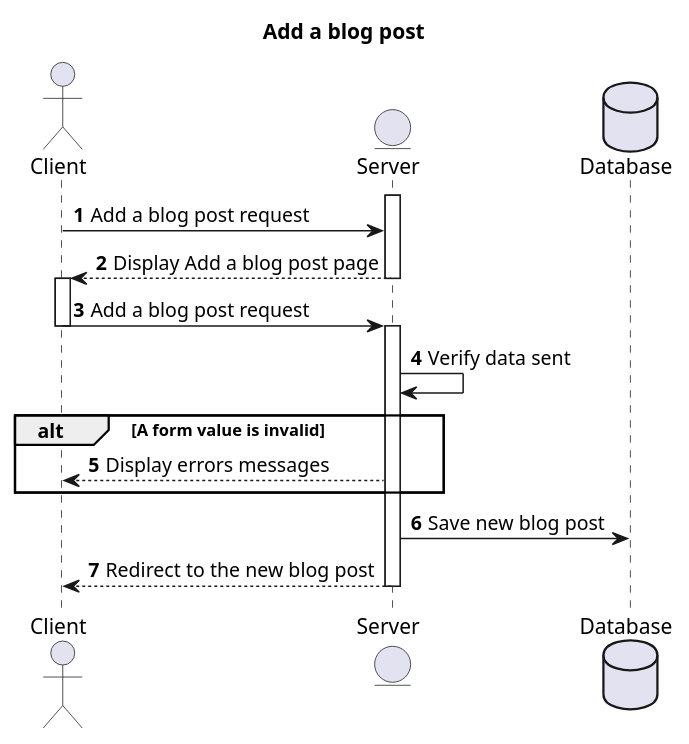
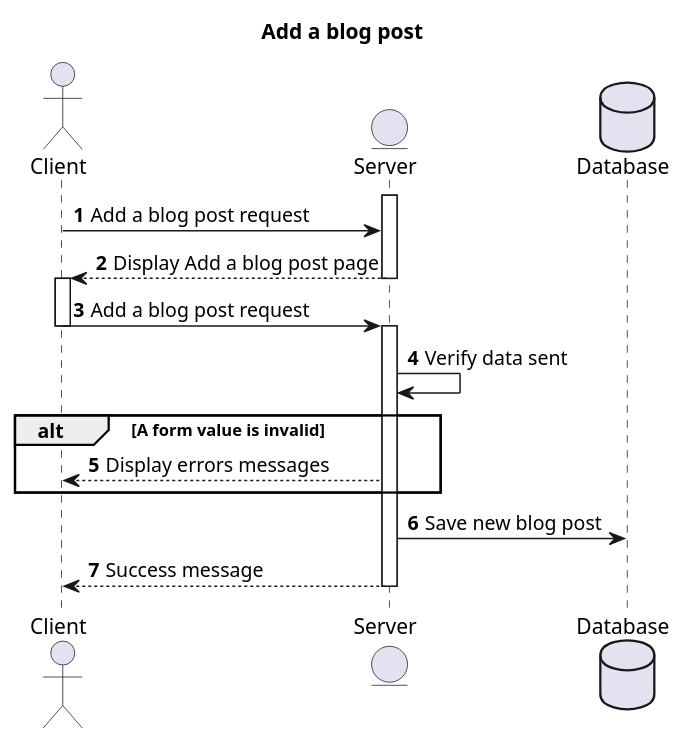
The diagram in docs/puml/sequence/blog/add_blog_post.puml (acecconato/AnthonyCecconato_5_18102021), drawn with PlantUML before and after one commit. The commit also changed 46 other files, not shown here.

```diff
--- a/docs/puml/sequence/blog/add_blog_post.puml
+++ b/docs/puml/sequence/blog/add_blog_post.puml
@@ -1,38 +1,38 @@
 @startuml
 
 title Add a blog post
 autonumber
 
 actor Client
 entity Server
 Database Database
 
 activate Server
 
 Client -> Server : Add a blog post request
 
 Server --> Client : Display Add a blog post page
 
 deactivate Server
 
 activate Client
 
 Client -> Server : Add a blog post request
 
 deactivate Client
 
 activate Server
 
 Server -> Server : Verify data sent
 
 alt A form value is invalid
     Server --> Client : Display errors messages
 end
 
 Server -> Database : Save new blog post
 
-Server --> Client : Redirect to the new blog post
+Server --> Client : Success message
 
 deactivate Server
 
 @enduml
```
